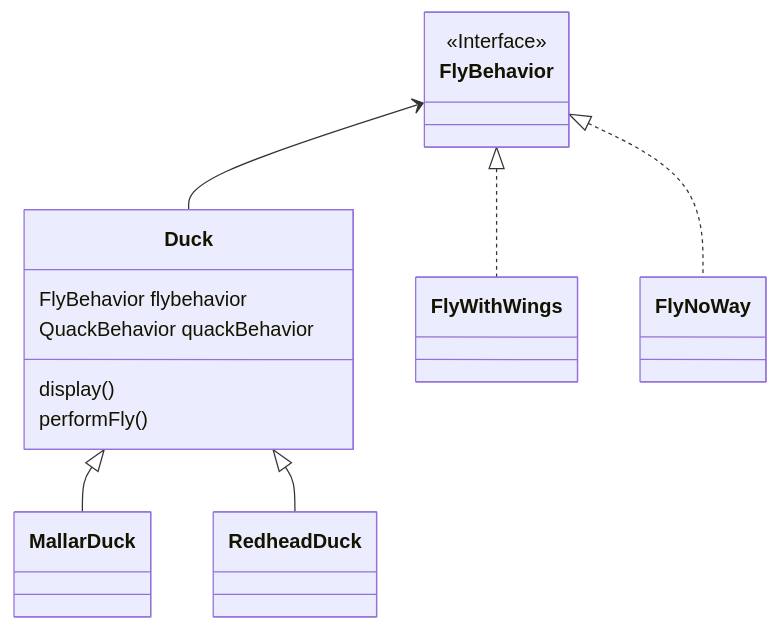
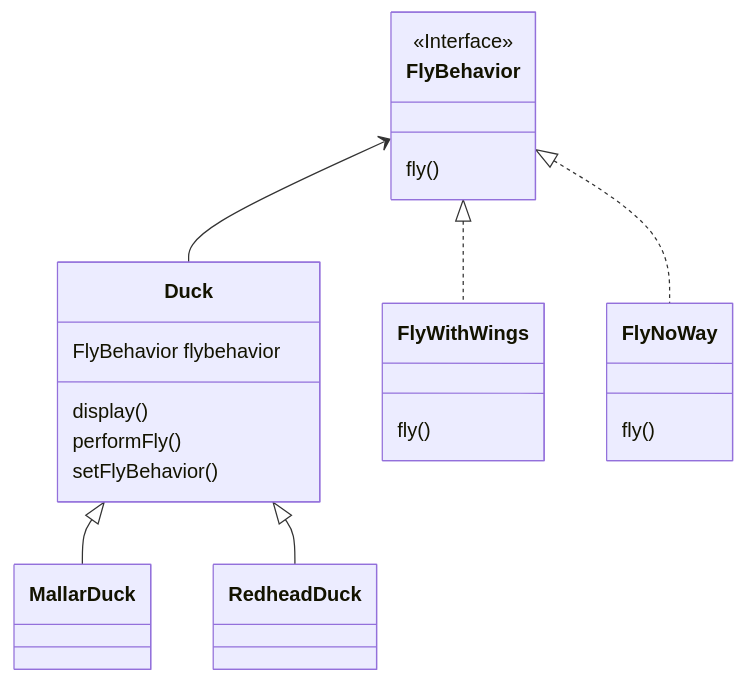
Before and after one commit to guZhouTingXue/guZhouTingXue.github.io: the seventh of 7 diagrams in src/Design Patterns/Strategy - 设计模式入门.md, drawn with Mermaid. The commit also changed other lines of this file and 7 other files, not shown here.

````diff
--- a/src/Design Patterns/Strategy - 设计模式入门.md
+++ b/src/Design Patterns/Strategy - 设计模式入门.md
@@ -137,17 +137,20 @@
 ``` mermaid
 classDiagram
 	class Duck {
 		FlyBehavior flybehavior
-		QuackBehavior quackBehavior
 		display()
 		performFly()
+		setFlyBehavior()
 	}
 	Duck <|-- MallarDuck
 	Duck <|-- RedheadDuck
 
 	class FlyBehavior { <<Interface>>
+		fly()
 	}
 	FlyBehavior <|.. FlyWithWings
+	FlyWithWings: fly()
 	FlyBehavior <|.. FlyNoWay
+	FlyNoWay: fly()
 	FlyBehavior <-- Duck
 ```
````
